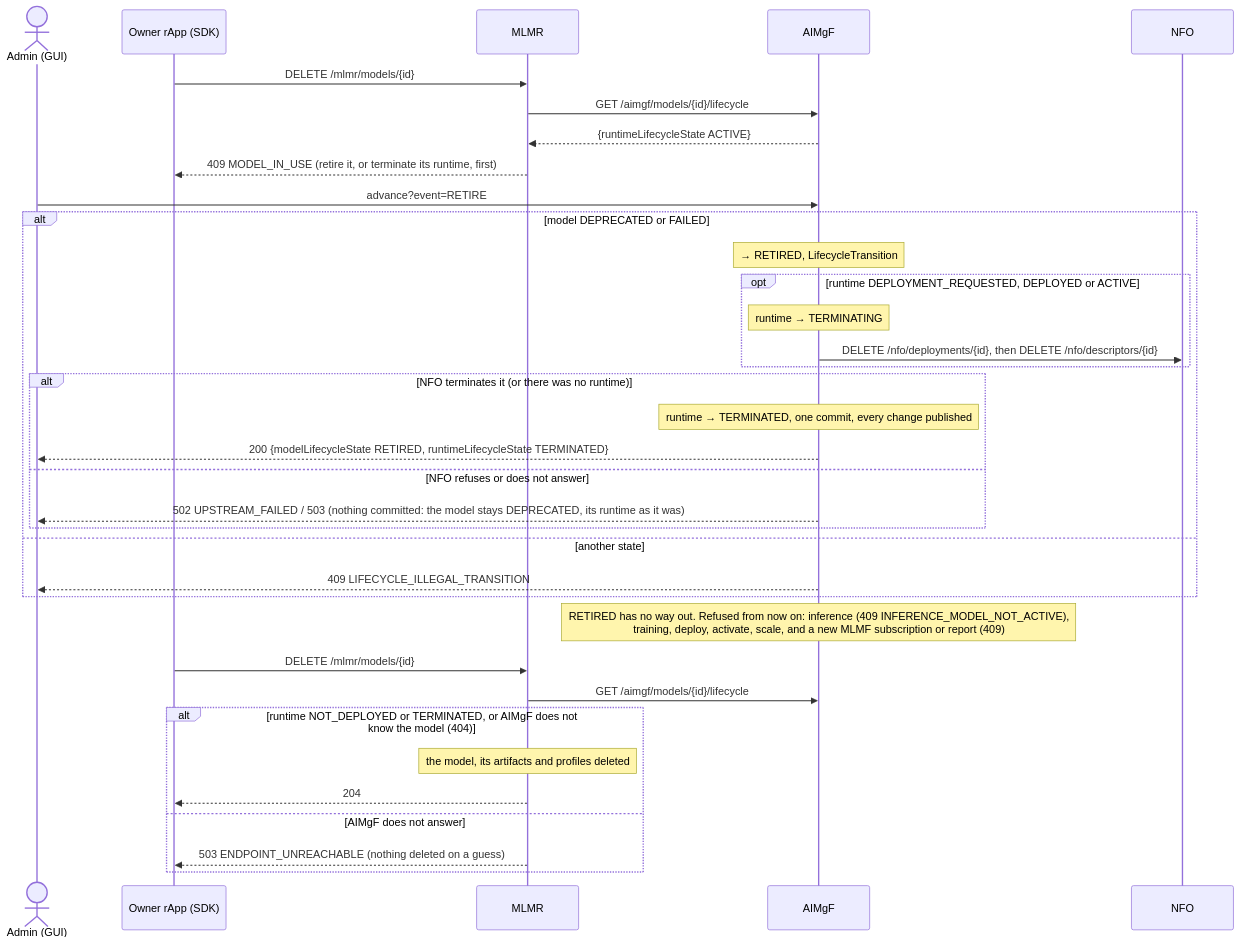
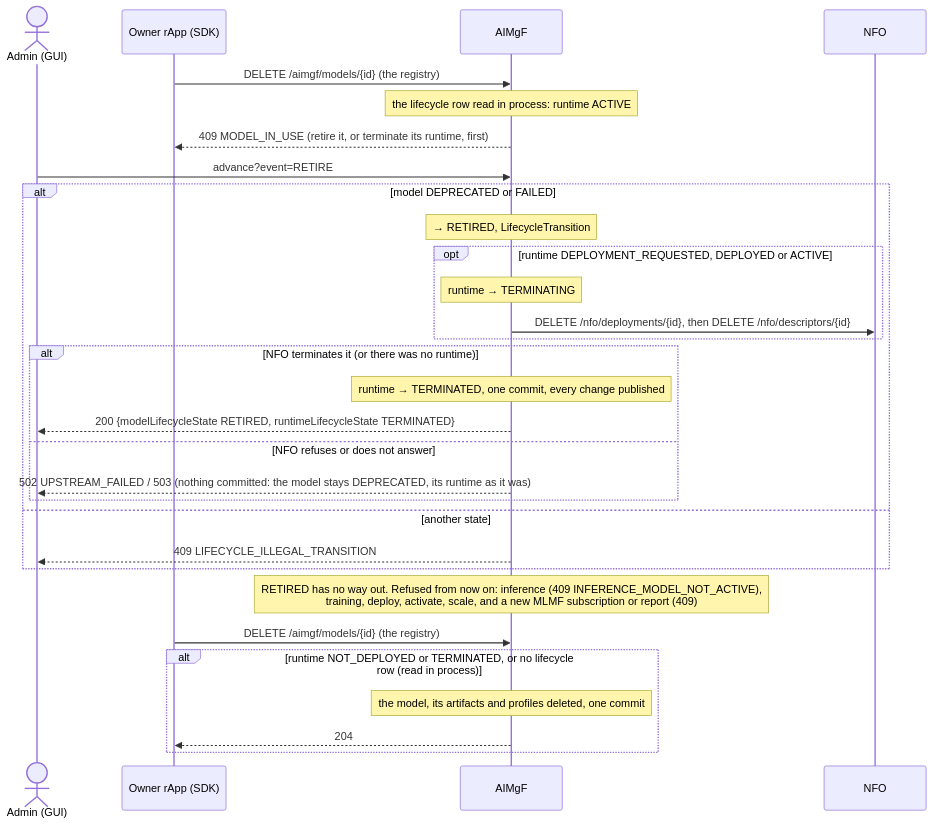
One commit to rsys-bshankar/ai-ran-smo changed the fifth of 5 diagrams in smo/docs/call-flows/26-model-governance-and-end-of-life.md. Above: the diagram before and after it, drawn with Mermaid. The commit also changed other lines of this file and 265 other files, not shown here.

First line of the commit message:
Every caller on /aimgf; MLMR and MLLF removed (S2.4, S2.8, S2.9) (#569)

````diff
--- a/smo/docs/call-flows/26-model-governance-and-end-of-life.md
+++ b/smo/docs/call-flows/26-model-governance-and-end-of-life.md
@@ -191,41 +190,36 @@
 ```mermaid
 sequenceDiagram
     actor Ad as Admin (GUI)
     participant R as Owner rApp (SDK)
-    participant MLMR as MLMR
     participant AIM as AIMgF
     participant NFO as NFO
 
-    R->>MLMR: DELETE /mlmr/models/{id}
-    MLMR->>AIM: GET /aimgf/models/{id}/lifecycle
-    AIM-->>MLMR: {runtimeLifecycleState ACTIVE}
-    MLMR-->>R: 409 MODEL_IN_USE (retire it, or terminate its runtime, first)
+    R->>AIM: DELETE /aimgf/models/{id} (the registry)
+    Note over AIM: the lifecycle row read in process: runtime ACTIVE
+    AIM-->>R: 409 MODEL_IN_USE (retire it, or terminate its runtime, first)
 
     Ad->>AIM: advance?event=RETIRE
     alt model DEPRECATED or FAILED
         Note over AIM: → RETIRED, LifecycleTransition
         opt runtime DEPLOYMENT_REQUESTED, DEPLOYED or ACTIVE
             Note over AIM: runtime → TERMINATING
             AIM->>NFO: DELETE /nfo/deployments/{id}, then DELETE /nfo/descriptors/{id}
         end
         alt NFO terminates it (or there was no runtime)
             Note over AIM: runtime → TERMINATED, one commit, every change published
             AIM-->>Ad: 200 {modelLifecycleState RETIRED, runtimeLifecycleState TERMINATED}
         else NFO refuses or does not answer
             AIM-->>Ad: 502 UPSTREAM_FAILED / 503 (nothing committed: the model stays DEPRECATED, its runtime as it was)
         end
     else another state
         AIM-->>Ad: 409 LIFECYCLE_ILLEGAL_TRANSITION
     end
 
     Note over AIM: RETIRED has no way out. Refused from now on: inference (409 INFERENCE_MODEL_NOT_ACTIVE),<br/>training, deploy, activate, scale, and a new MLMF subscription or report (409)
 
-    R->>MLMR: DELETE /mlmr/models/{id}
-    MLMR->>AIM: GET /aimgf/models/{id}/lifecycle
-    alt runtime NOT_DEPLOYED or TERMINATED, or AIMgF does not know the model (404)
-        Note over MLMR: the model, its artifacts and profiles deleted
-        MLMR-->>R: 204
-    else AIMgF does not answer
-        MLMR-->>R: 503 ENDPOINT_UNREACHABLE (nothing deleted on a guess)
+    R->>AIM: DELETE /aimgf/models/{id} (the registry)
+    alt runtime NOT_DEPLOYED or TERMINATED, or no lifecycle row (read in process)
+        Note over AIM: the model, its artifacts and profiles deleted, one commit
+        AIM-->>R: 204
     end
 ```
````
